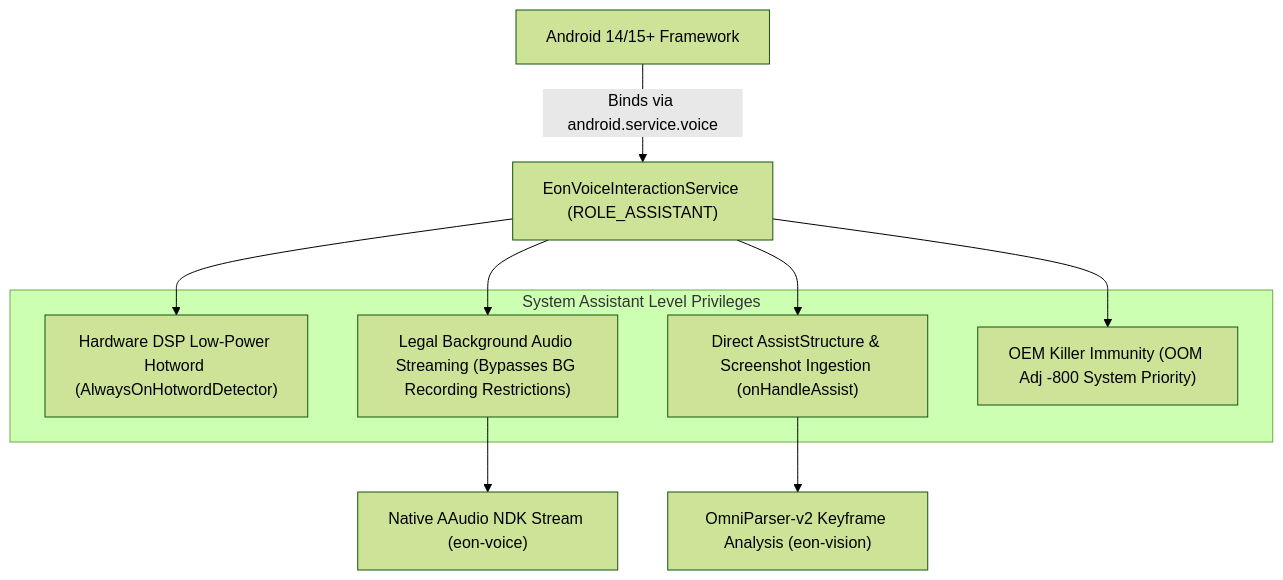
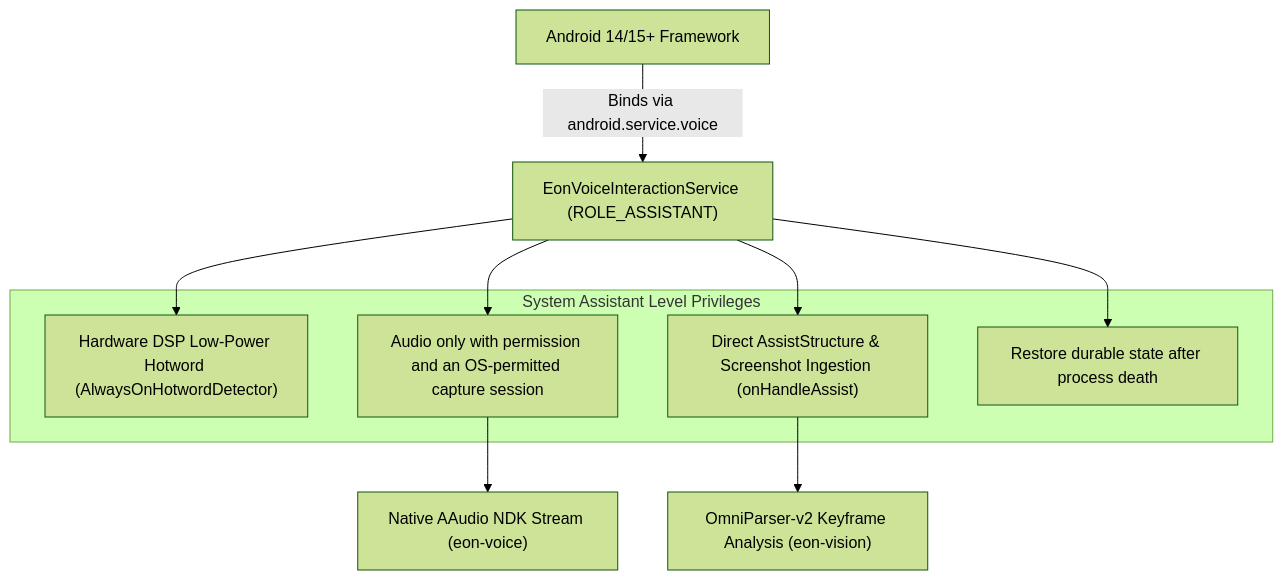
One commit to Imperialorg/Eonba changed the diagram in docs/ANDROID_INTEGRATION_SPECIFICATION.md. Above: the diagram before and after it, drawn with Mermaid (forest theme). The commit also changed other lines of this file and 8 other files, not shown here.

````diff
--- a/docs/ANDROID_INTEGRATION_SPECIFICATION.md
+++ b/docs/ANDROID_INTEGRATION_SPECIFICATION.md
@@ -205,19 +205,19 @@
 ```mermaid
 flowchart TD
     AndroidOS["Android 14/15+ Framework"] -->|Binds via android.service.voice| AssistantService["EonVoiceInteractionService (ROLE_ASSISTANT)"]
 
     subgraph AssistantPrivileges["System Assistant Level Privileges"]
         DSPWake["Hardware DSP Low-Power Hotword (AlwaysOnHotwordDetector)"]
-        LegalMic["Legal Background Audio Streaming (Bypasses BG Recording Restrictions)"]
+        LegalMic["Audio only with permission and an OS-permitted capture session"]
         ScreenAssist["Direct AssistStructure & Screenshot Ingestion (onHandleAssist)"]
-        OEMImmunity["OEM Killer Immunity (OOM Adj -800 System Priority)"]
+        Restart["Restore durable state after process death"]
     end
 
     AssistantService --> DSPWake
     AssistantService --> LegalMic
     AssistantService --> ScreenAssist
-    AssistantService --> OEMImmunity
+    AssistantService --> Restart
     
     LegalMic --> NativeCore["Native AAudio NDK Stream (eon-voice)"]
     ScreenAssist --> VisionCore["OmniParser-v2 Keyframe Analysis (eon-vision)"]
 ```
````
